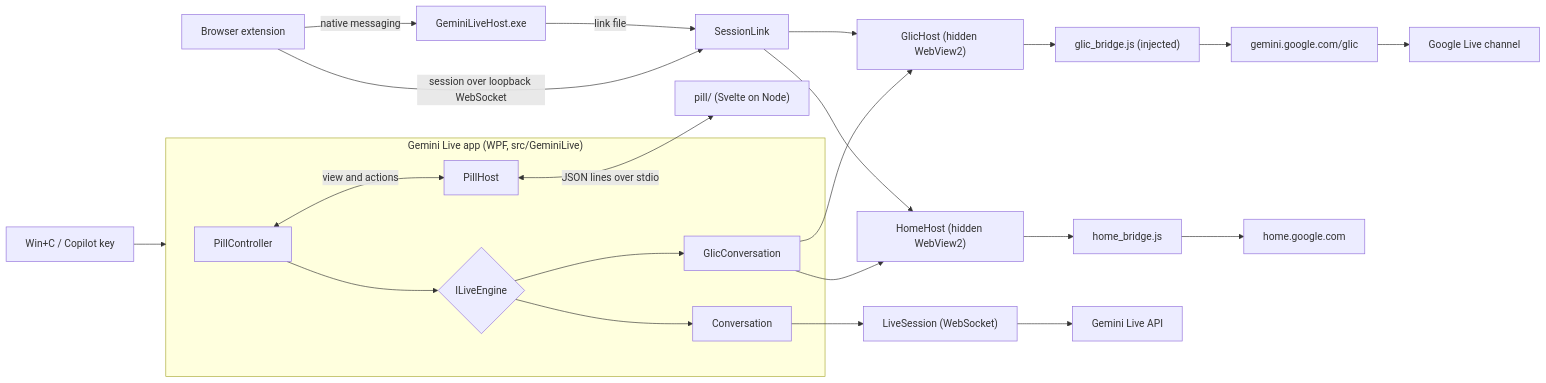
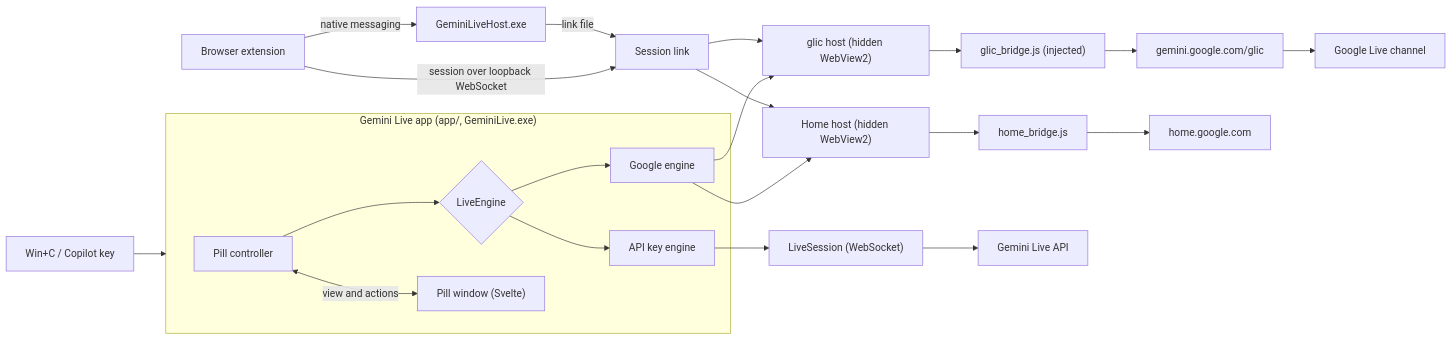
The first of 8 diagrams in ARCHITECTURE.md (avi12/gemini-live-for-windows), drawn with Mermaid before and after one commit. The commit also changed other lines of this file and 1 other file, not shown here.

````diff
--- a/ARCHITECTURE.md
+++ b/ARCHITECTURE.md
@@ -23,25 +23,24 @@
 ```mermaid
 flowchart LR
   Key["Win+C / Copilot key"] --> App
-  subgraph App["Gemini Live app (WPF, src/GeminiLive)"]
-    Pill["PillController"] --> Engine{"ILiveEngine"}
-    Engine --> GlicConv["GlicConversation"]
-    Engine --> Conv["Conversation"]
-    Pill <-->|"view and actions"| PillHost["PillHost"]
+  subgraph App["Gemini Live app (app/, GeminiLive.exe)"]
+    Pill["Pill controller"] --> Engine{"LiveEngine"}
+    Engine --> GlicConv["Google engine"]
+    Engine --> Conv["API key engine"]
+    Pill <-->|"view and actions"| PillWin["Pill window (Svelte)"]
   end
-  PillHost <-->|"JSON lines over stdio"| Sidecar["pill/ (Svelte on Node)"]
-  GlicConv --> GlicHost["GlicHost (hidden WebView2)"]
+  GlicConv --> GlicHost["glic host (hidden WebView2)"]
   GlicHost --> Bridge["glic_bridge.js (injected)"]
   Bridge --> GeminiWeb["gemini.google.com/glic"]
   GeminiWeb --> LiveG["Google Live channel"]
-  GlicConv --> HomeHost["HomeHost (hidden WebView2)"]
+  GlicConv --> HomeHost["Home host (hidden WebView2)"]
   HomeHost --> HomeBridge["home_bridge.js"]
   HomeBridge --> HomeWeb["home.google.com"]
   Conv --> LiveSession["LiveSession (WebSocket)"]
   LiveSession --> LiveApi["Gemini Live API"]
-  Ext["Browser extension"] -- "session over loopback WebSocket" --> SessionLink["SessionLink"]
+  Ext["Browser extension"] -- "session over loopback WebSocket" --> SessionLink["Session link"]
   SessionLink --> GlicHost
   SessionLink --> HomeHost
   Ext -- "native messaging" --> NativeHost["GeminiLiveHost.exe"]
   NativeHost -- "link file" --> SessionLink
 ```
````
